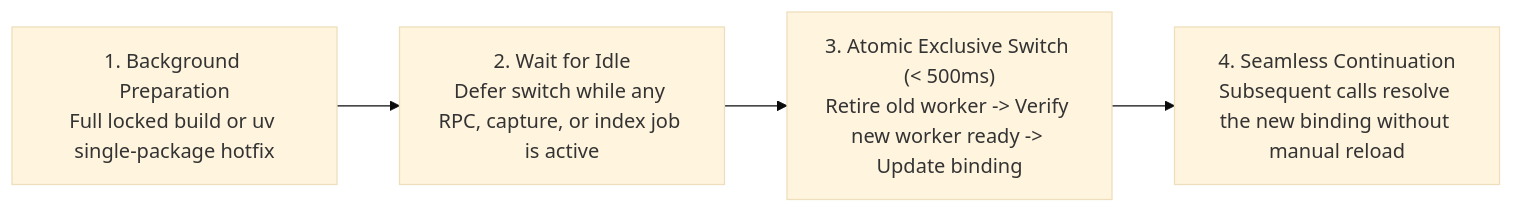
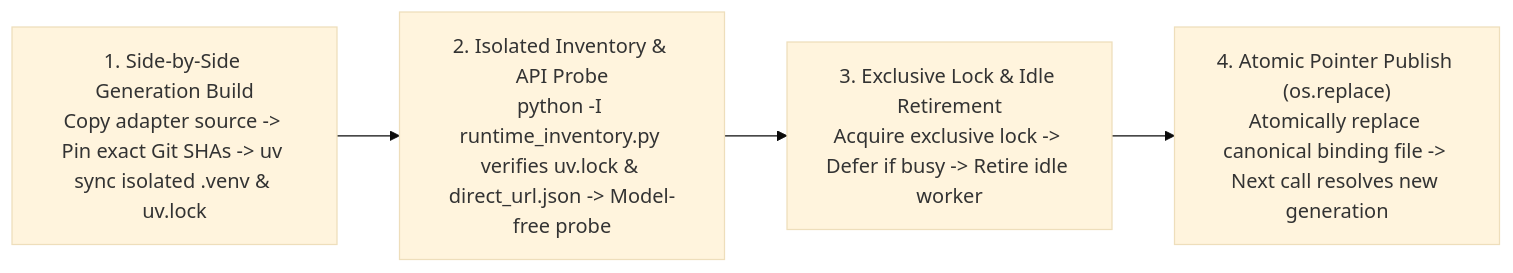
The diagram in docs/release-compatibility-and-update.en.md (grandolantow/mindie-agent), drawn with Mermaid (base theme) before and after one commit. The commit also changed other lines of this file and 15 other files, not shown here.

````diff
--- a/docs/release-compatibility-and-update.en.md
+++ b/docs/release-compatibility-and-update.en.md
@@ -120,6 +128,6 @@
 ```mermaid
 flowchart LR
-    P["1. Background Preparation<br/>Full locked build or uv single-package hotfix"] --> W["2. Wait for Idle<br/>Defer switch while any RPC, capture, or index job is active"]
-    W --> S["3. Atomic Exclusive Switch (< 500ms)<br/>Retire old worker -> Verify new worker ready -> Update binding"]
-    S --> R["4. Seamless Continuation<br/>Subsequent calls resolve the new binding without manual reload"]
+    P["1. Side-by-Side Generation Build<br/>Copy adapter source -> Pin exact Git SHAs -> uv sync isolated .venv & uv.lock"] --> V["2. Isolated Inventory & API Probe<br/>python -I runtime_inventory.py verifies uv.lock & direct_url.json -> Model-free probe"]
+    V --> W["3. Exclusive Lock & Idle Retirement<br/>Acquire exclusive lock -> Defer if busy -> Retire idle worker"]
+    W --> S["4. Atomic Pointer Publish (os.replace)<br/>Atomically replace canonical binding file -> Next call resolves new generation"]
 ```
````
